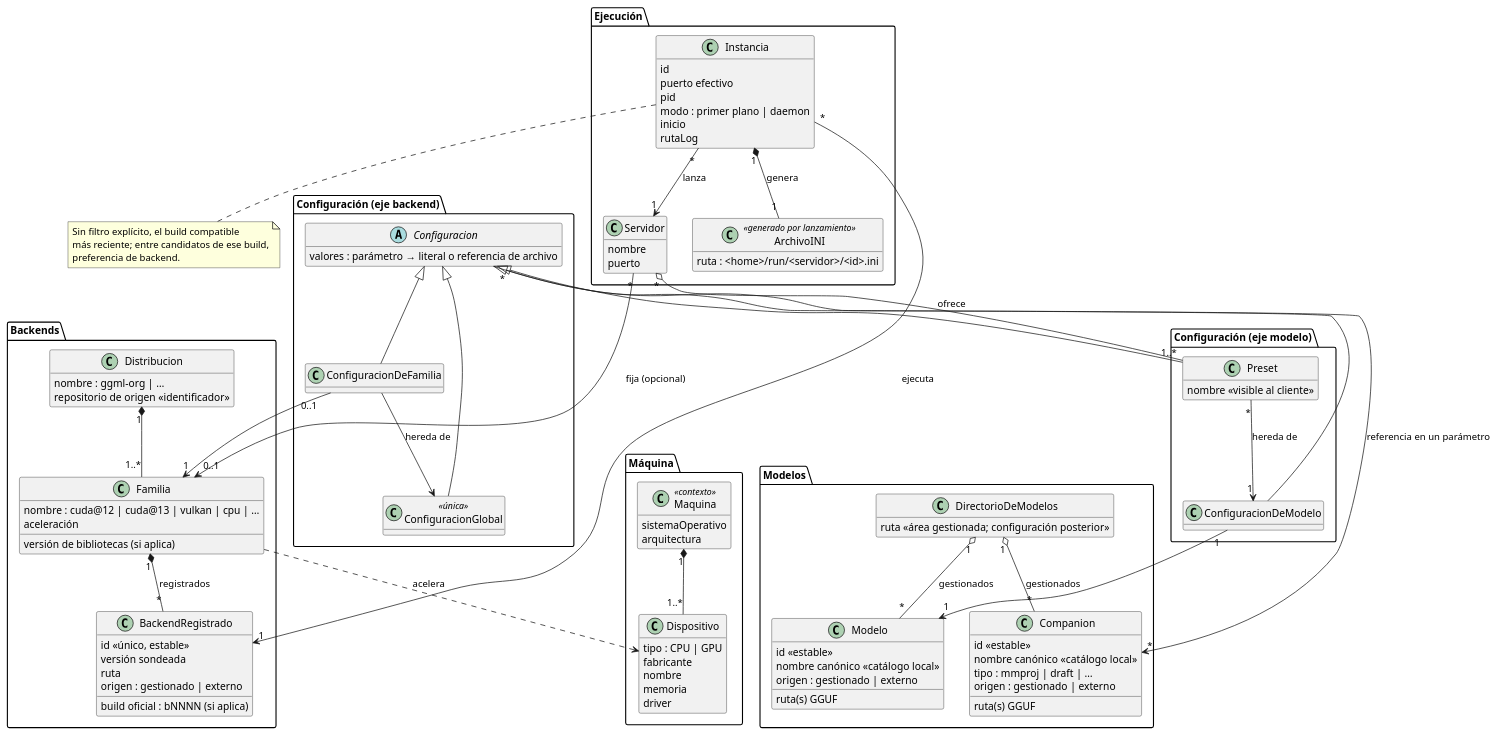
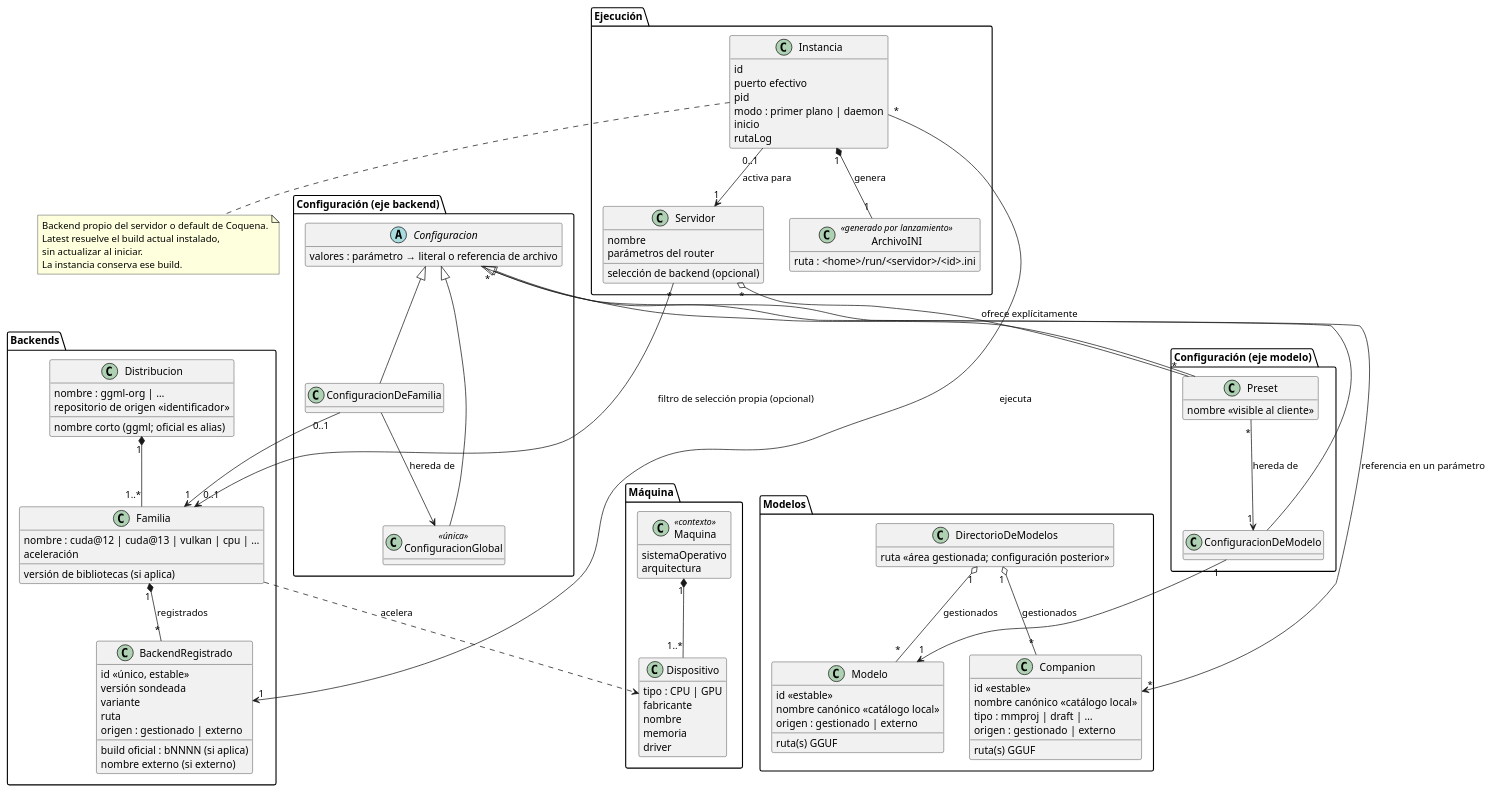
The first of 3 diagrams in docs/modelo-de-datos.md (mstranich/coquena), drawn with PlantUML before and after one commit. The commit also changed other lines of this file and 11 other files, not shown here.

````diff
--- a/docs/modelo-de-datos.md
+++ b/docs/modelo-de-datos.md
@@ -30,6 +30,7 @@
   class Distribucion {
     nombre : ggml-org | …
     repositorio de origen <<identificador>>
+    nombre corto (ggml; oficial es alias)
   }
   class Familia {
     nombre : cuda@12 | cuda@13 | vulkan | cpu | …
@@ -40,6 +41,8 @@
     id <<único, estable>>
     build oficial : bNNNN (si aplica)
     versión sondeada
+    variante
+    nombre externo (si externo)
     ruta
     origen : gestionado | externo
   }
@@ -82,7 +85,8 @@
 package Ejecución {
   class Servidor {
     nombre
-    puerto
+    parámetros del router
+    selección de backend (opcional)
   }
   class Instancia {
     id
@@ -115,15 +119,16 @@
 Preset "*" --> "1" ConfiguracionDeModelo : hereda de
 Configuracion "*" --> "*" Companion : referencia en un parámetro
 
-Servidor "*" --> "0..1" Familia : fija (opcional)
-Servidor "*" o-- "1..*" Preset : ofrece
-Instancia "*" --> "1" Servidor : lanza
+Servidor "*" --> "0..1" Familia : filtro de selección propia (opcional)
+Servidor "*" o-- "*" Preset : ofrece explícitamente
+Instancia "0..1" --> "1" Servidor : activa para
 Instancia "*" --> "1" BackendRegistrado : ejecuta
 Instancia "1" *-- "1" ArchivoINI : genera
 note bottom of Instancia
-  Sin filtro explícito, el build compatible
-  más reciente; entre candidatos de ese build,
-  preferencia de backend.
+  Backend propio del servidor o default de Coquena.
+  Latest resuelve el build actual instalado,
+  sin actualizar al iniciar.
+  La instancia conserva ese build.
 end note
 @enduml
 ```
````
